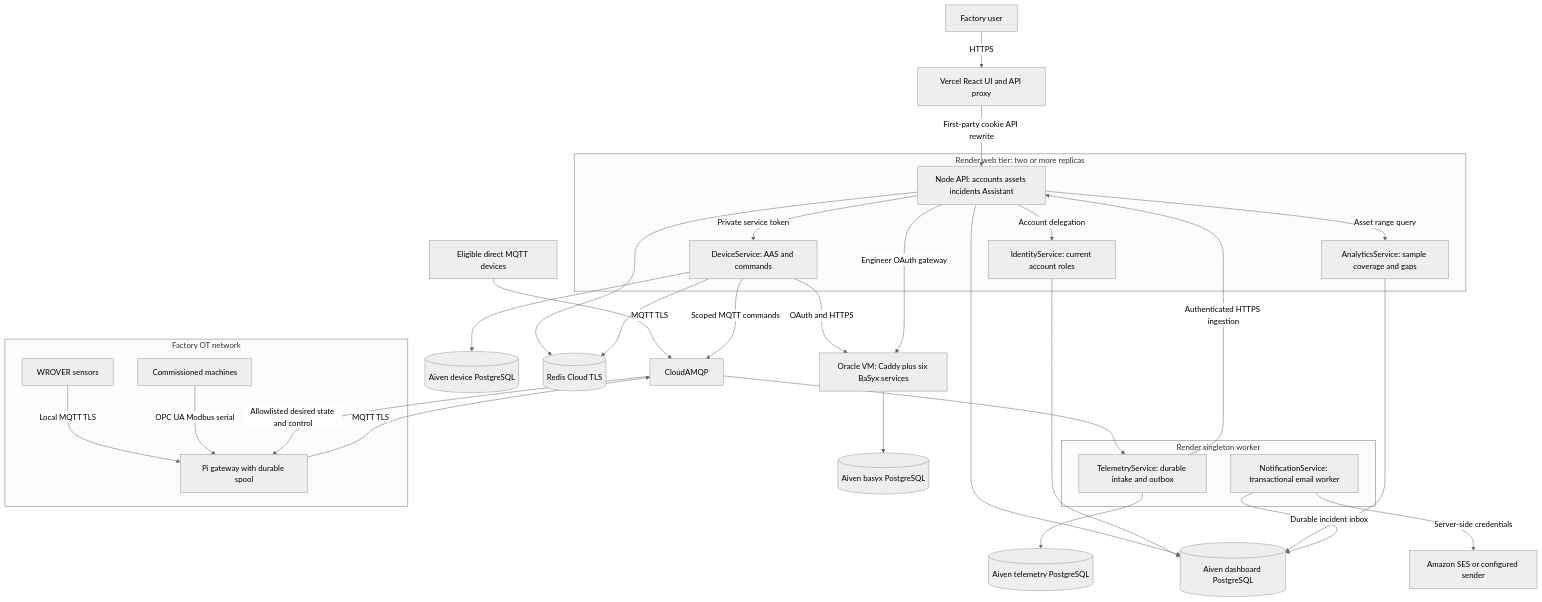
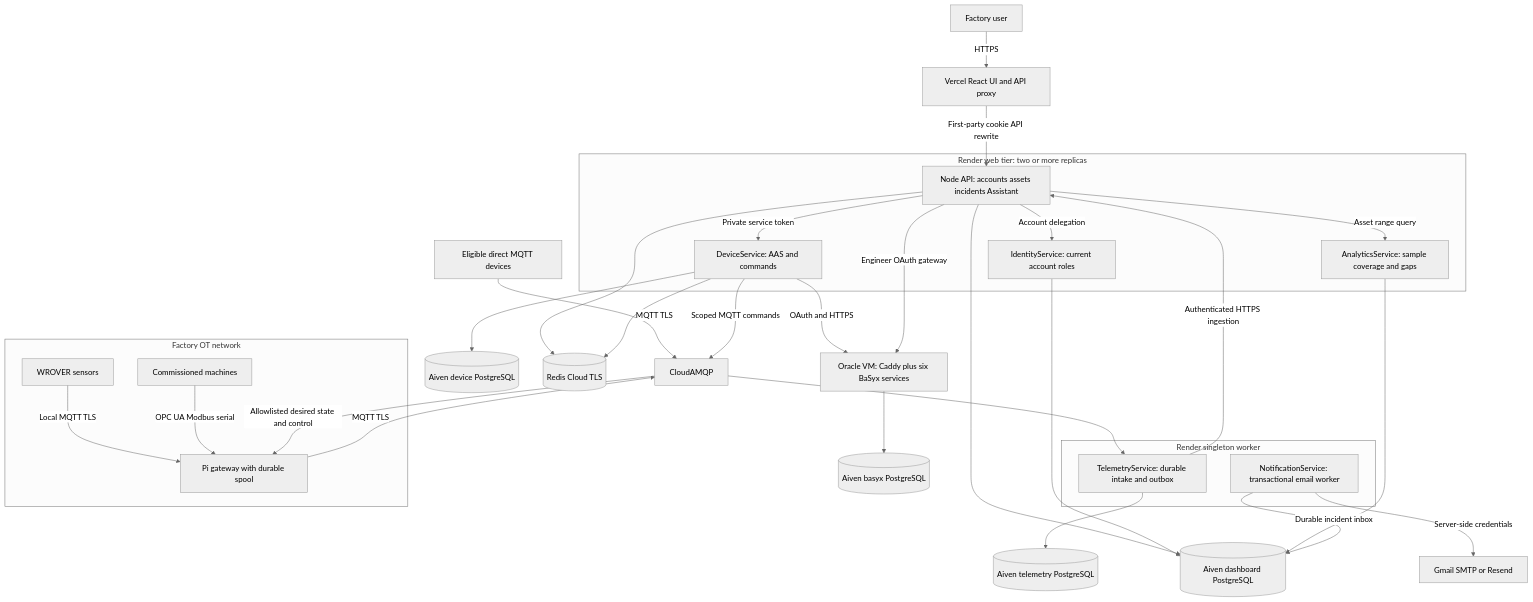
Before and after one commit to DruHustle/smart-factory-iot: the diagram in docs/architecture.md, drawn with Mermaid (neutral theme). The commit also changed 10 other files, not shown here.

````diff
--- a/docs/architecture.md
+++ b/docs/architecture.md
@@ -17,40 +17,40 @@
 ```mermaid
 flowchart TB
   Browser[Factory user] -->|HTTPS| Vercel[Vercel React UI and API proxy]
   subgraph RenderWeb[Render web tier: two or more replicas]
     API[Node API: accounts assets incidents Assistant]
     Device[DeviceService: AAS and commands]
     Identity[IdentityService: current account roles]
     Analytics[AnalyticsService: sample coverage and gaps]
   end
   subgraph RenderWorker[Render singleton worker]
     Telemetry[TelemetryService: durable intake and outbox]
     Notification[NotificationService: transactional email worker]
   end
   API -->|Private service token| Device
   API -->|Account delegation| Identity
   API -->|Asset range query| Analytics
   Telemetry -->|Authenticated HTTPS ingestion| API
   Vercel -->|First-party cookie API rewrite| API
   API --> AppDB[(Aiven dashboard PostgreSQL)]
   Identity --> AppDB
   Analytics --> AppDB
   Notification -->|Durable incident inbox| AppDB
-  Notification -->|Server-side credentials| Mail[Amazon SES or configured sender]
+  Notification -->|Server-side credentials| Mail[Gmail SMTP or Resend]
   Device --> DeviceDB[(Aiven device PostgreSQL)]
   Telemetry --> TelemetryDB[(Aiven telemetry PostgreSQL)]
   API --> Redis[(Redis Cloud TLS)]
   Device --> Redis
   Device -->|OAuth and HTTPS| AAS[Oracle VM: Caddy plus six BaSyx services]
   API -->|Engineer OAuth gateway| AAS
   AAS --> BaSyxDB[(Aiven basyx PostgreSQL)]
   subgraph OT[Factory OT network]
     Sensors[WROVER sensors] -->|Local MQTT TLS| Pi[Pi gateway with durable spool]
     Machines[Commissioned machines] -->|OPC UA Modbus serial| Pi
   end
   Pi -->|MQTT TLS| Broker[CloudAMQP]
   Direct[Eligible direct MQTT devices] -->|MQTT TLS| Broker
   Broker --> Telemetry
   Device -->|Scoped MQTT commands| Broker
   Broker -->|Allowlisted desired state and control| Pi
 ```
````
